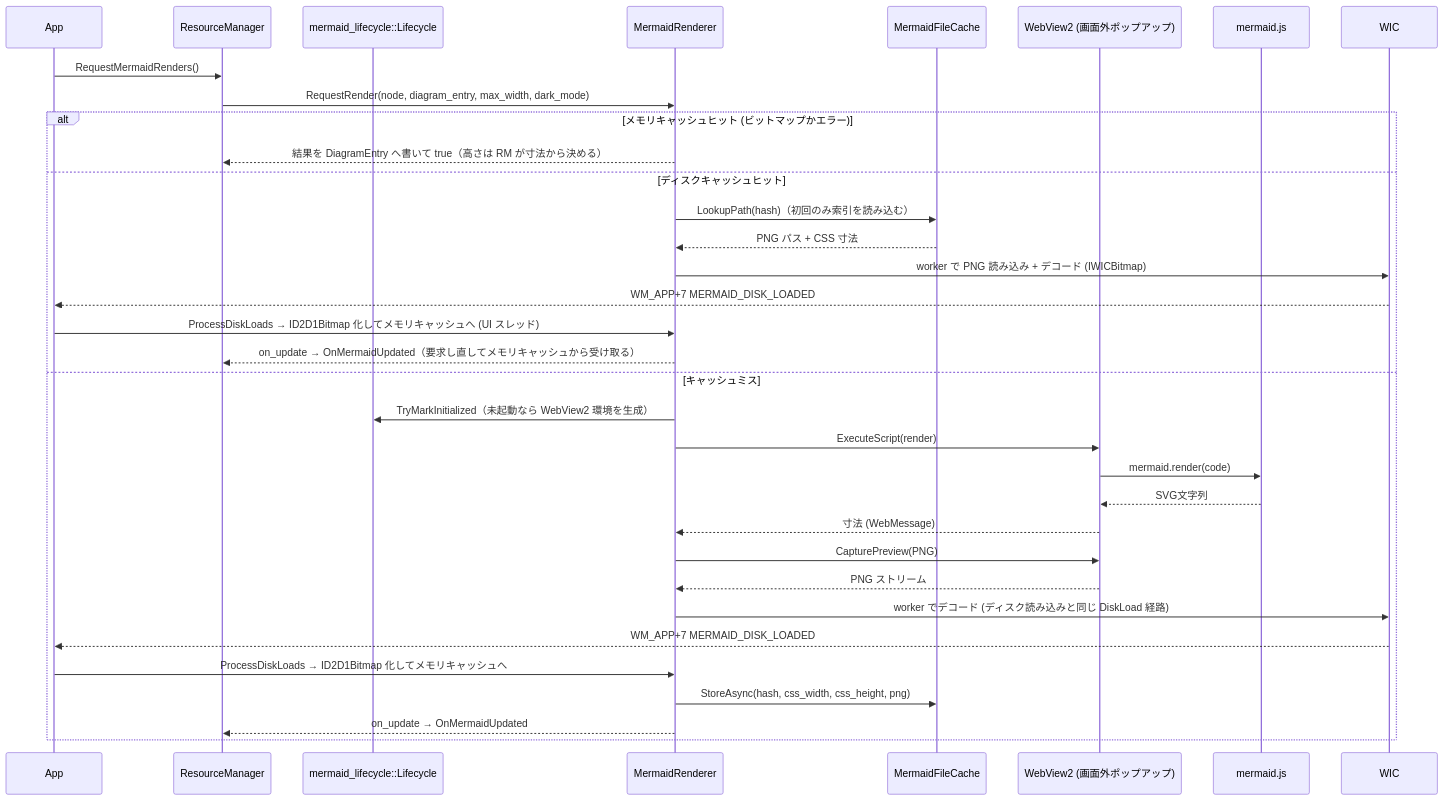
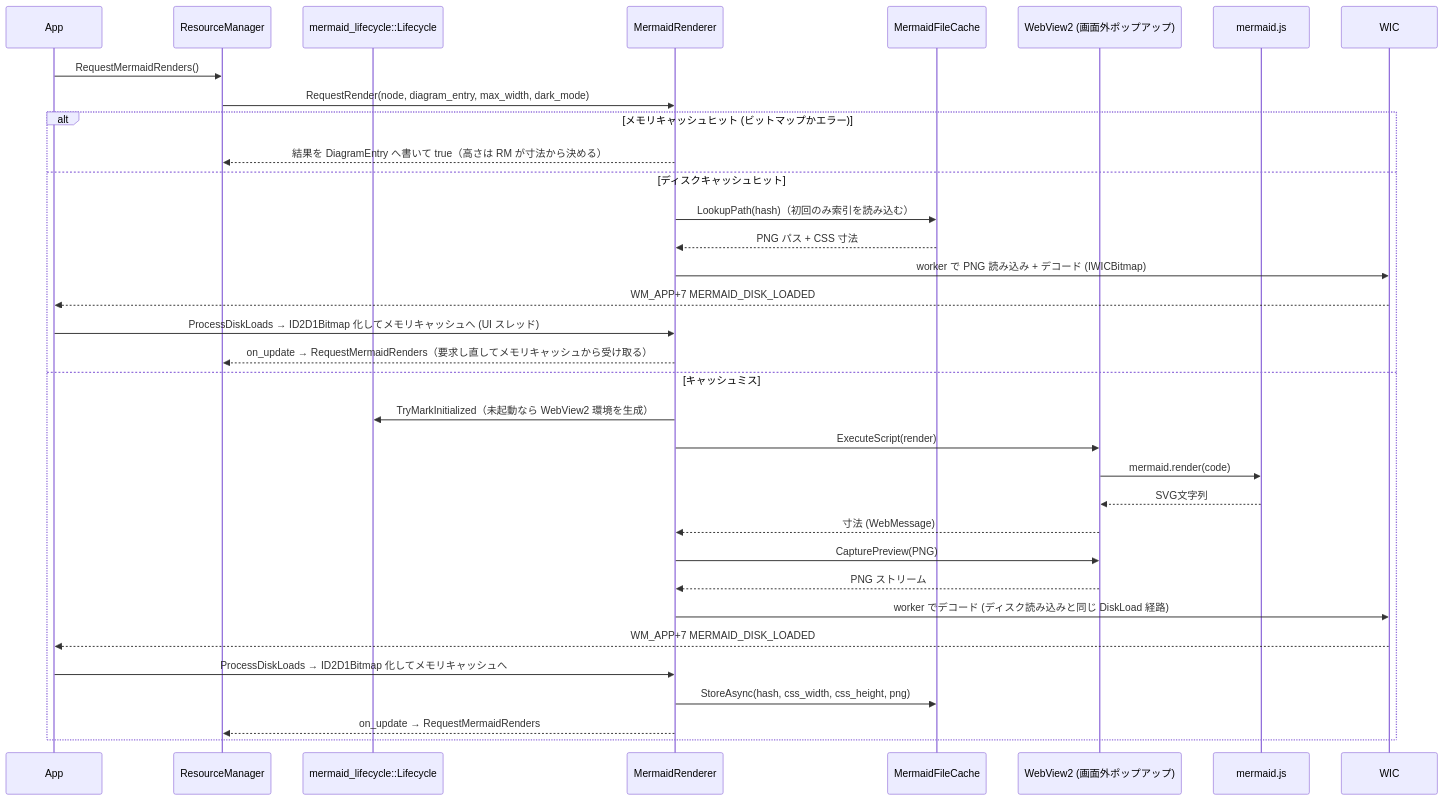
Before and after one commit to tanaton/mendo: diagram 11 of 27 in example/test.md, drawn with Mermaid. The commit also changed other lines of this file and 2 other files, not shown here.

````diff
--- a/example/test.md
+++ b/example/test.md
@@ -1557,37 +1554,37 @@
 ```mermaid
 sequenceDiagram
     participant APP as App
     participant RM as ResourceManager
     participant ML as mermaid_lifecycle::Lifecycle
     participant MR as MermaidRenderer
     participant FC as MermaidFileCache
     participant WV as WebView2 (画面外ポップアップ)
     participant JS as mermaid.js
     participant WIC as WIC
 
     APP->>RM: RequestMermaidRenders()
     RM->>MR: RequestRender(node, diagram_entry, max_width, dark_mode)
     alt メモリキャッシュヒット (ビットマップかエラー)
         MR-->>RM: 結果を DiagramEntry へ書いて true（高さは RM が寸法から決める）
     else ディスクキャッシュヒット
         MR->>FC: LookupPath(hash)（初回のみ索引を読み込む）
         FC-->>MR: PNG パス + CSS 寸法
         MR->>WIC: worker で PNG 読み込み + デコード (IWICBitmap)
         WIC-->>APP: WM_APP+7 MERMAID_DISK_LOADED
         APP->>MR: ProcessDiskLoads → ID2D1Bitmap 化してメモリキャッシュへ (UI スレッド)
-        MR-->>RM: on_update → OnMermaidUpdated（要求し直してメモリキャッシュから受け取る）
+        MR-->>RM: on_update → RequestMermaidRenders（要求し直してメモリキャッシュから受け取る）
     else キャッシュミス
         MR->>ML: TryMarkInitialized（未起動なら WebView2 環境を生成）
         MR->>WV: ExecuteScript(render)
         WV->>JS: mermaid.render(code)
         JS-->>WV: SVG文字列
         WV-->>MR: 寸法 (WebMessage)
         MR->>WV: CapturePreview(PNG)
         WV-->>MR: PNG ストリーム
         MR->>WIC: worker でデコード (ディスク読み込みと同じ DiskLoad 経路)
         WIC-->>APP: WM_APP+7 MERMAID_DISK_LOADED
         APP->>MR: ProcessDiskLoads → ID2D1Bitmap 化してメモリキャッシュへ
         MR->>FC: StoreAsync(hash, css_width, css_height, png)
-        MR-->>RM: on_update → OnMermaidUpdated
+        MR-->>RM: on_update → RequestMermaidRenders
     end
 ```
````
